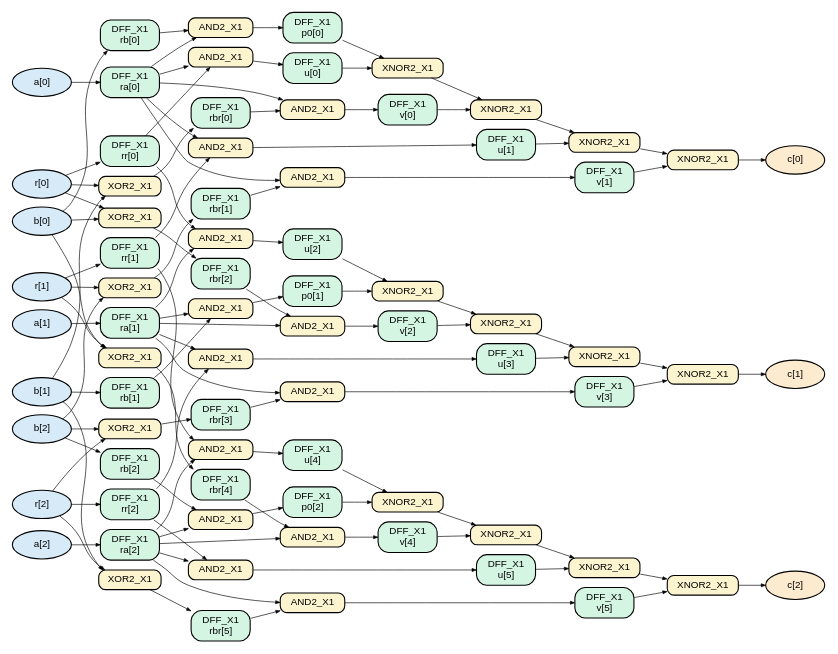
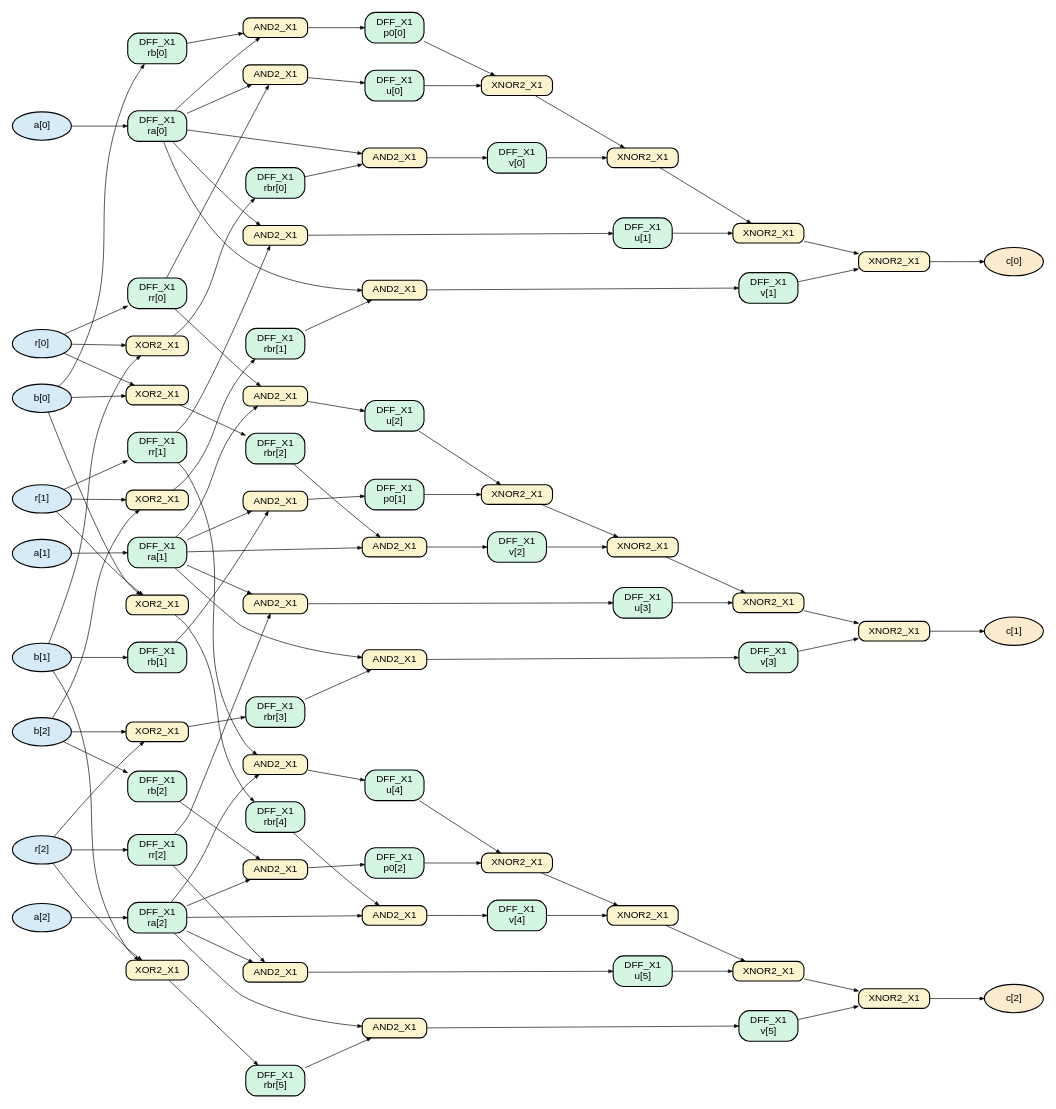
One commit to BlueBrik1/pams changed the diagram in paper/figures/gates/hpc2_mapped.dot. Above: the diagram before and after it, drawn with Graphviz. The commit also changed 46 other files, not shown here.

```diff
--- a/paper/figures/gates/hpc2_mapped.dot
+++ b/paper/figures/gates/hpc2_mapped.dot
@@ -1,5 +1,5 @@
 digraph hpc2 {
-rankdir=LR; nodesep=0.12; ranksep=0.35; node [fontname="Helvetica", fontsize=9, shape=box, style="rounded,filled", fillcolor="#f2f2f2", height=0.25];
+rankdir=LR; splines=true; nodesep=0.35; ranksep=0.7; node [fontname="Helvetica", fontsize=9, shape=box, style="rounded,filled", fillcolor="#f2f2f2", height=0.25];
 edge [arrowsize=0.4, penwidth=0.6];
 P_a0 [label="a[0]", shape=ellipse, fillcolor="#d6eaf8"];
 P_a1 [label="a[1]", shape=ellipse, fillcolor="#d6eaf8"];
```
